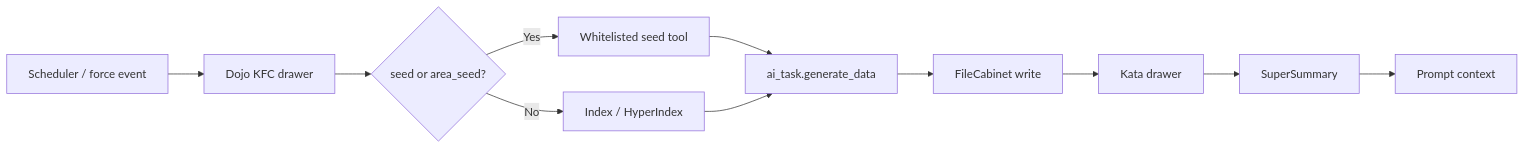
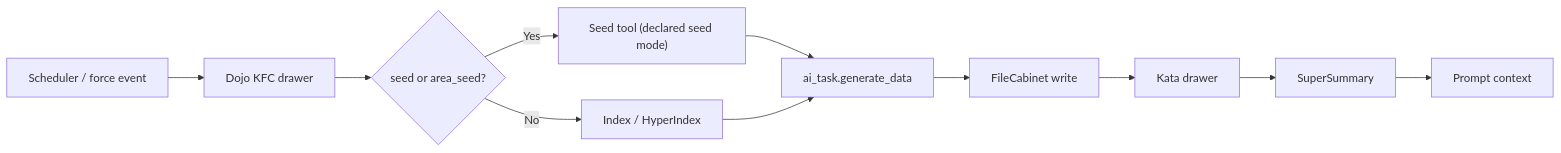
One commit to nathan-curtis/zenos-ai changed the diagram in zenos_ai/docs/scripts/zen_dojotools_summarizers_readme.md. Above: the diagram before and after it, drawn with Mermaid. The commit also changed other lines of this file and 27 other files, not shown here.

````diff
--- a/zenos_ai/docs/scripts/zen_dojotools_summarizers_readme.md
+++ b/zenos_ai/docs/scripts/zen_dojotools_summarizers_readme.md
@@ -26,18 +26,18 @@
 ```mermaid
 flowchart LR
   Scheduler["Scheduler / force event"]
   KFC["Dojo KFC drawer"]
   Seed{"seed or area_seed?"}
-  SeedTool["Whitelisted seed tool"]
+  SeedTool["Seed tool (declared seed mode)"]
   Index["Index / HyperIndex"]
   Monk["ai_task.generate_data"]
   FileCabinet["FileCabinet write"]
   Kata["Kata drawer"]
   SuperSummary["SuperSummary"]
   Prompt["Prompt context"]
 
   Scheduler --> KFC --> Seed
   Seed -- "Yes" --> SeedTool --> Monk
   Seed -- "No" --> Index --> Monk
   Monk --> FileCabinet --> Kata --> SuperSummary --> Prompt
 ```
````
